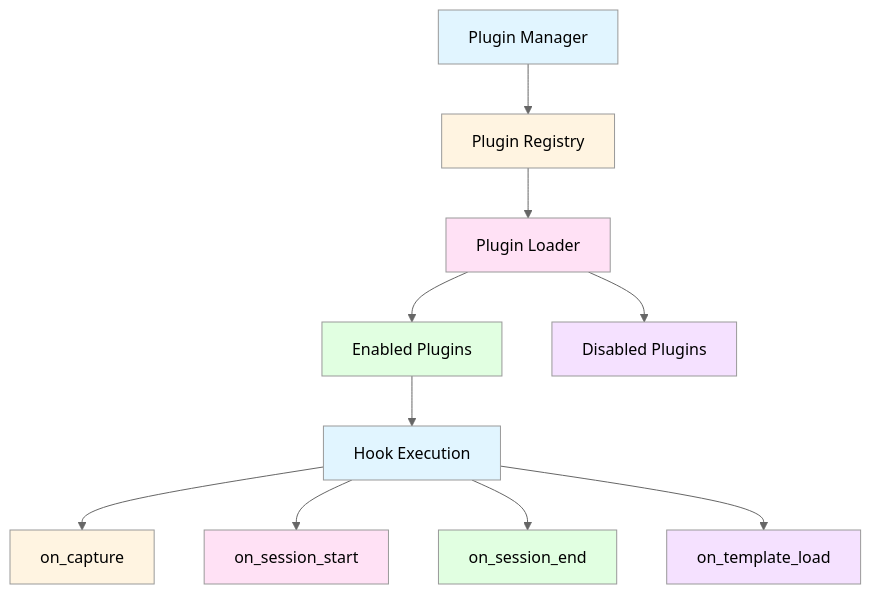
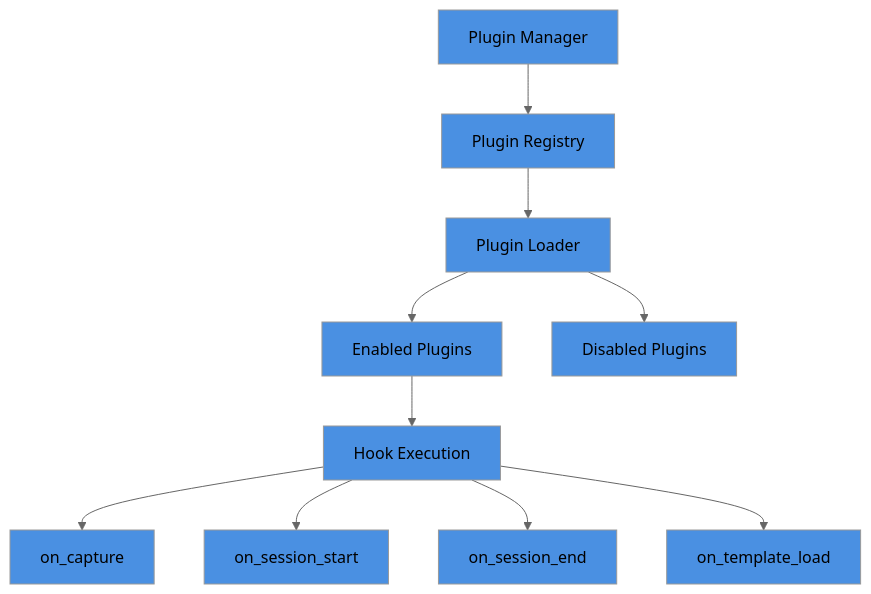
One commit to syed-sameer-ul-hassan/FishME changed the seventh of 9 diagrams in README.md. Above: the diagram before and after it, drawn with Mermaid (neutral theme). The commit also changed other lines of this file, not shown here.

````diff
--- a/README.md
+++ b/README.md
@@ -294,23 +294,23 @@
 ```mermaid
 graph TB
     A[Plugin Manager] --> B[Plugin Registry]
     B --> C[Plugin Loader]
     C --> D[Enabled Plugins]
     C --> E[Disabled Plugins]
     D --> F[Hook Execution]
     F --> G[on_capture]
     F --> H[on_session_start]
     F --> I[on_session_end]
     F --> J[on_template_load]
     
-    style A fill:#e1f5ff
-    style B fill:#fff4e1
-    style C fill:#ffe1f5
-    style D fill:#e1ffe1
-    style E fill:#f5e1ff
-    style F fill:#e1f5ff
-    style G fill:#fff4e1
-    style H fill:#ffe1f5
-    style I fill:#e1ffe1
-    style J fill:#f5e1ff
+    style A fill:#4a90e2
+    style B fill:#4a90e2
+    style C fill:#4a90e2
+    style D fill:#4a90e2
+    style E fill:#4a90e2
+    style F fill:#4a90e2
+    style G fill:#4a90e2
+    style H fill:#4a90e2
+    style I fill:#4a90e2
+    style J fill:#4a90e2
 ```
````
